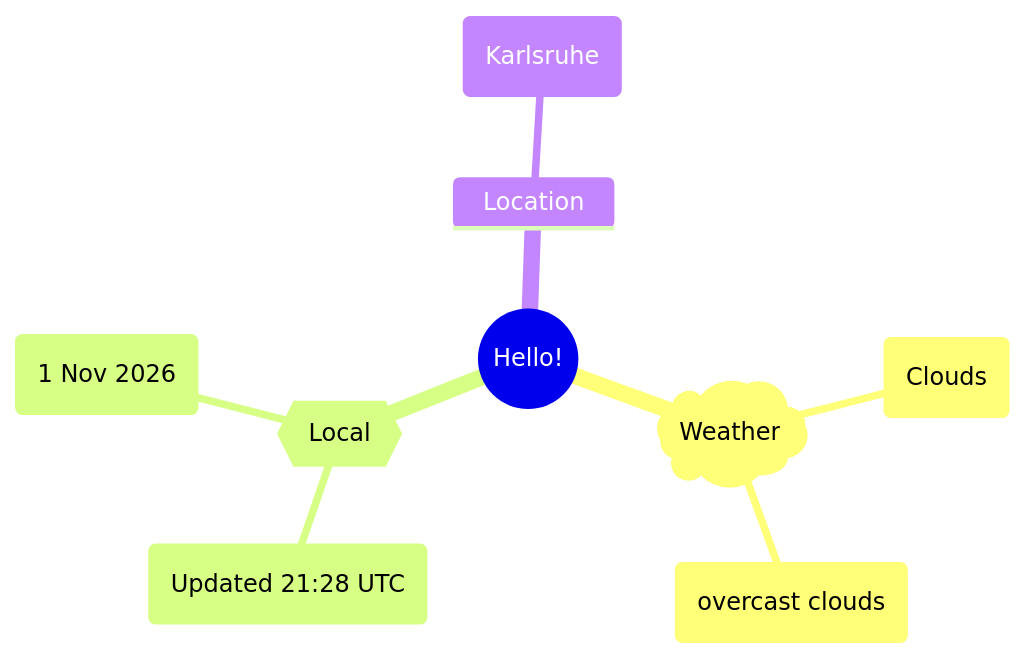
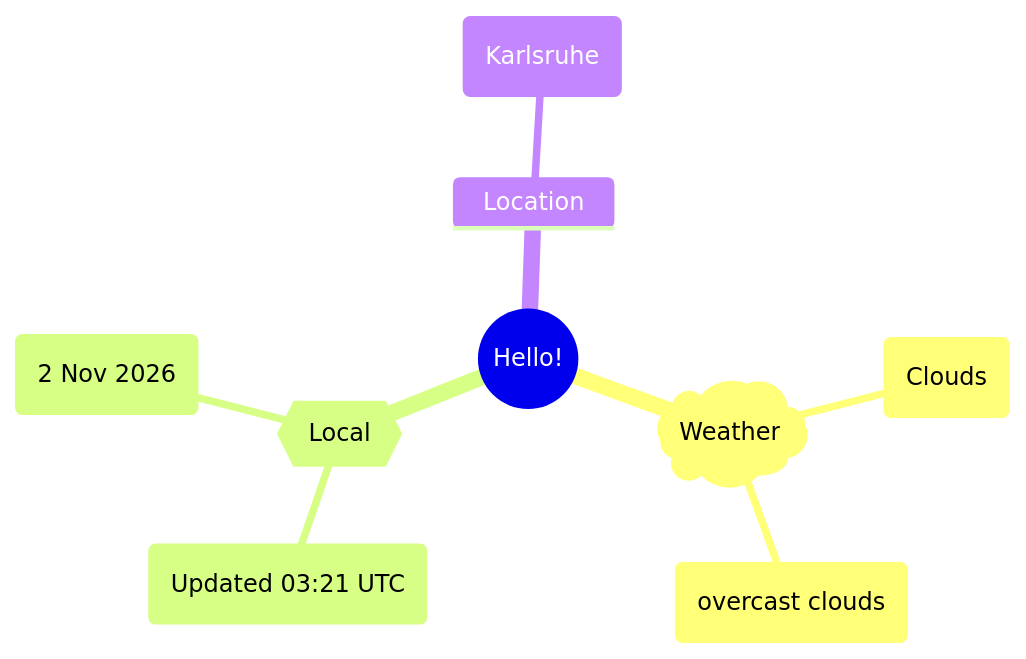
The first of 2 diagrams in README.md (Xosrov/Xosrov), drawn with Mermaid before and after one commit.

Commit message:
[bot] updated images

````diff
--- a/README.md
+++ b/README.md
@@ -3,12 +3,12 @@
 ```mermaid
 mindmap
   root((Hello!))
     )Weather(
         (Clouds)
         (overcast clouds)
     {{Local}}
-        (Updated 21:28 UTC)
-        (1 Nov 2026)
+        (Updated 03:21 UTC)
+        (2 Nov 2026)
     Location
         (Karlsruhe)
 ```
````
